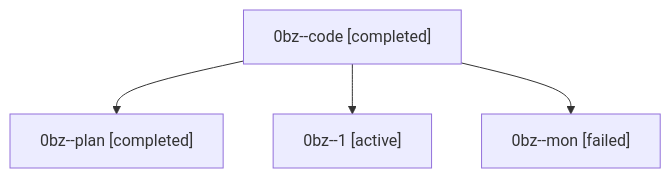
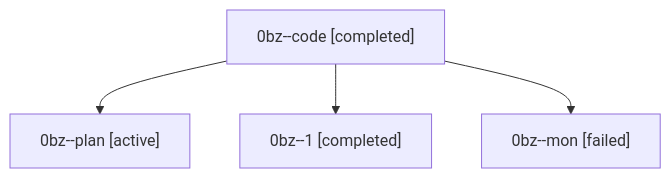
The diagram in families/bbugyi200.athena.0bz.md (sase-org/sase--agents), drawn with Mermaid before and after one commit. The commit also changed other lines of this file and 35830 other files, not shown here.

````diff
--- a/families/bbugyi200.athena.0bz.md
+++ b/families/bbugyi200.athena.0bz.md
@@ -9,10 +9,10 @@
 ```mermaid
 flowchart TD
   n0["0bz--code [completed]"]
-  n1["0bz--plan [completed]"]
+  n1["0bz--plan [active]"]
   n0 --> n1
-  n2["0bz--1 [active]"]
+  n2["0bz--1 [completed]"]
   n0 --> n2
   n3["0bz--mon [failed]"]
   n0 --> n3
 ```
````
